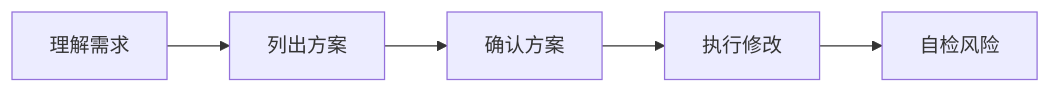
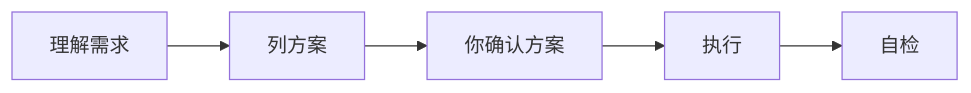
The diagram in docs/column/AIFuture/基础认知/什么是提示词工程.md (gouxinjie/gouxinjie.github.io), drawn with Mermaid before and after one commit. The commit also changed other lines of this file and 12 other files, not shown here.

````diff
--- a/docs/column/AIFuture/基础认知/什么是提示词工程.md
+++ b/docs/column/AIFuture/基础认知/什么是提示词工程.md
@@ -149,7 +137,7 @@
 ```mermaid
 flowchart LR
-  A["理解需求"] --> B["列出方案"]
-  B --> C["确认方案"]
-  C --> D["执行修改"]
-  D --> E["自检风险"]
+  A["理解需求"] --> B["列方案"]
+  B --> C["你确认方案"]
+  C --> D["执行"]
+  D --> E["自检"]
 ```
````
